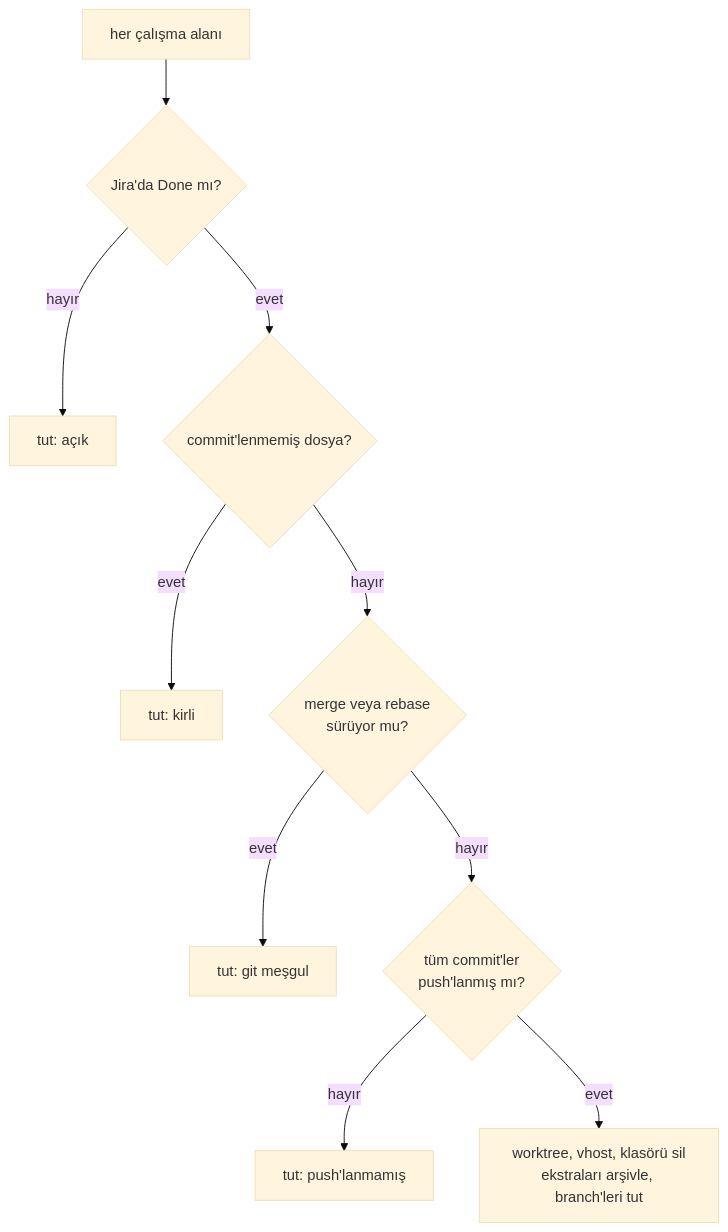
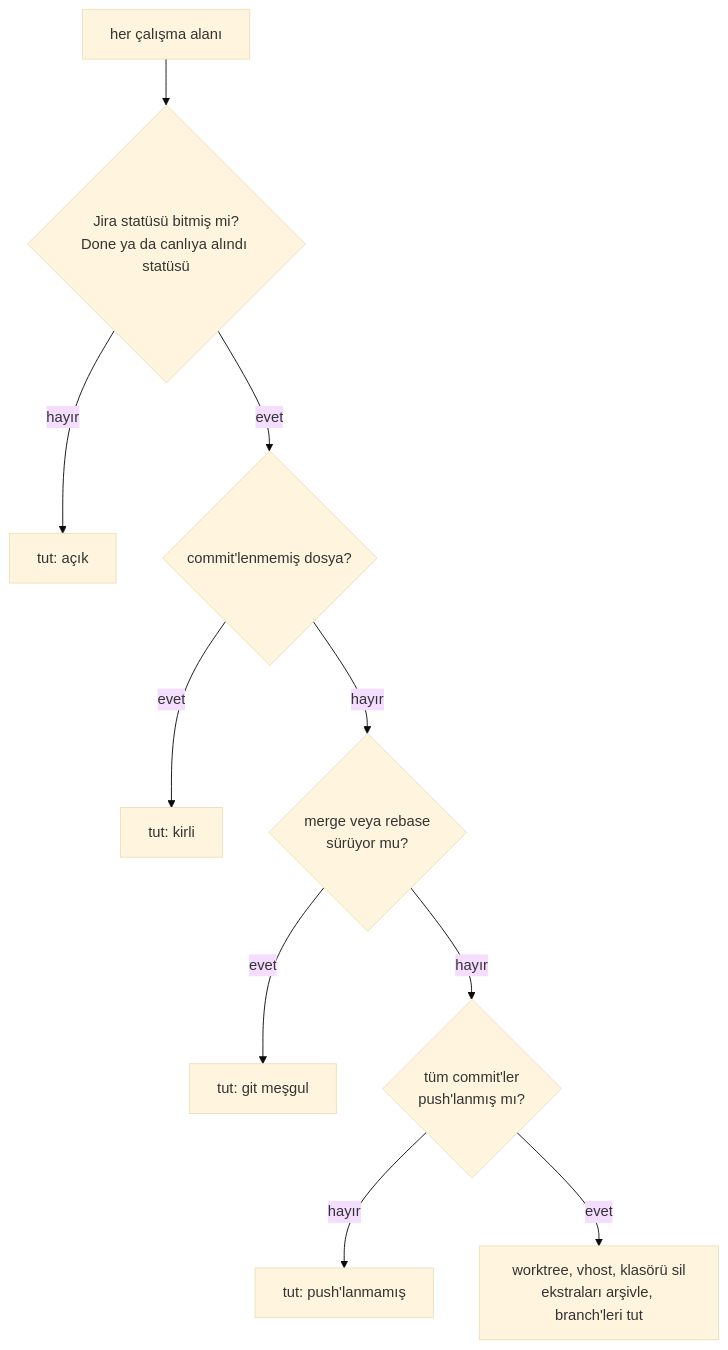
One commit to orcnd/claude-infra-guide changed the fourth of 5 diagrams in tr/docs/02-gorev-calisma-alanlari.md. Above: the diagram before and after it, drawn with Mermaid (base theme). The commit also changed other lines of this file and 8 other files, not shown here.

````diff
--- a/tr/docs/02-gorev-calisma-alanlari.md
+++ b/tr/docs/02-gorev-calisma-alanlari.md
@@ -119,12 +121,12 @@
 ```mermaid
 flowchart TD
-    S["her çalışma alanı"] --> Q1{"Jira'da Done mı?"}
+    S["her çalışma alanı"] --> Q1{"Jira statüsü bitmiş mi?<br/>Done ya da canlıya alındı statüsü"}
     Q1 -- hayır --> K1["tut: açık"]
     Q1 -- evet --> Q2{"commit'lenmemiş dosya?"}
     Q2 -- evet --> K2["tut: kirli"]
     Q2 -- hayır --> Q3{"merge veya rebase<br/>sürüyor mu?"}
     Q3 -- evet --> K3["tut: git meşgul"]
     Q3 -- hayır --> Q4{"tüm commit'ler<br/>push'lanmış mı?"}
     Q4 -- hayır --> K4["tut: push'lanmamış"]
     Q4 -- evet --> D["worktree, vhost, klasörü sil<br/>ekstraları arşivle, branch'leri tut"]
 ```
````
